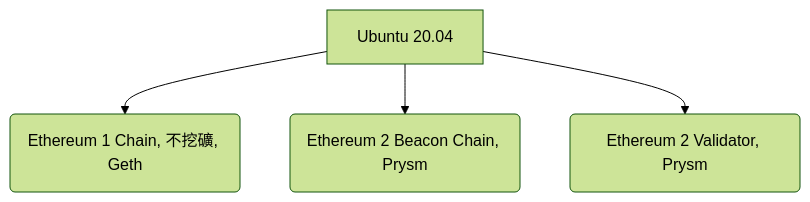
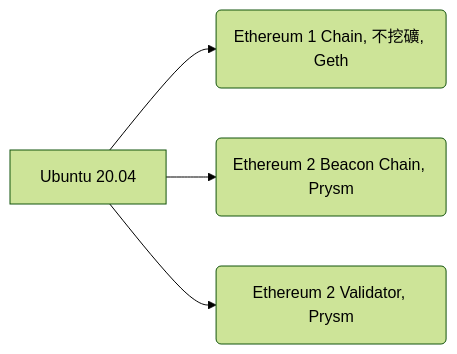
The diagram in source/_posts/prepare-for-eth2.md (gasolin/blog), drawn with Mermaid (forest theme) before and after one commit. The commit also changed other lines of this file, not shown here.

````diff
--- a/source/_posts/prepare-for-eth2.md
+++ b/source/_posts/prepare-for-eth2.md
@@ -41,6 +37,6 @@
 ```mermaid
-graph TD
+graph LR
 	U[Ubuntu 20.04] --> C(Ethereum 1 Chain, 不挖礦, Geth)
   U --> B(Ethereum 2 Beacon Chain, Prysm)
   U --> V(Ethereum 2 Validator, Prysm)
 ```
````
